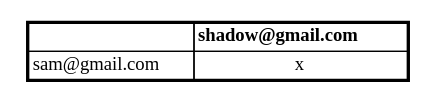
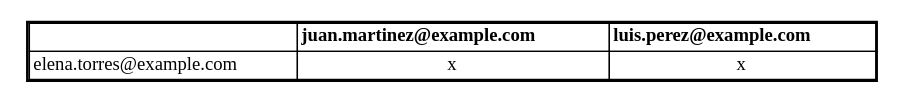
The diagram in Fase1/output/Mis_amigos.dot (Kevin-alvarez1/PROYECTO_MULTIFASES_RED_SOCIAL), drawn with Graphviz before and after one commit. The commit also changed 15 other files, not shown here.

```diff
--- a/Fase1/output/Mis_amigos.dot
+++ b/Fase1/output/Mis_amigos.dot
@@ -1,8 +1,8 @@
 digraph G {
 node [shape=plaintext];
 RELACIONES_DE_AMISTAD [label=<
 <table border='2' cellborder='1' cellspacing='0'>
-<tr><td></td><td><b>shadow@gmail.com</b></td></tr>
-<tr><td>sam@gmail.com</td><td>x</td></tr>
+<tr><td></td><td><b>juan.martinez@example.com</b></td><td><b>luis.perez@example.com</b></td></tr>
+<tr><td>elena.torres@example.com</td><td>x</td><td>x</td></tr>
 </table>>];
 }
```
